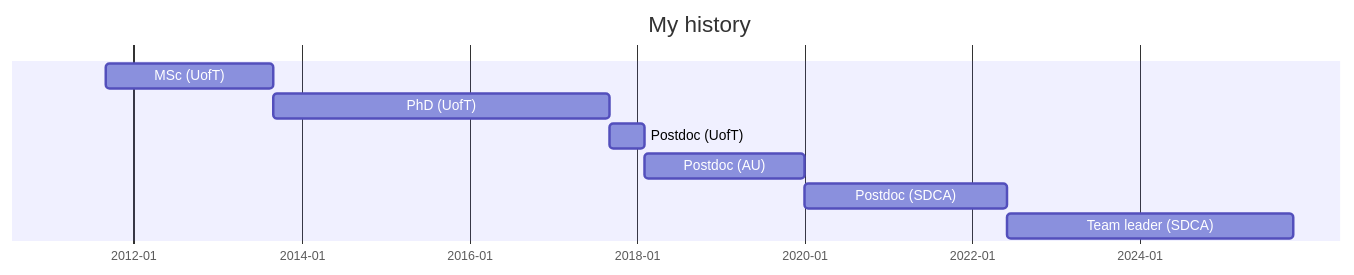
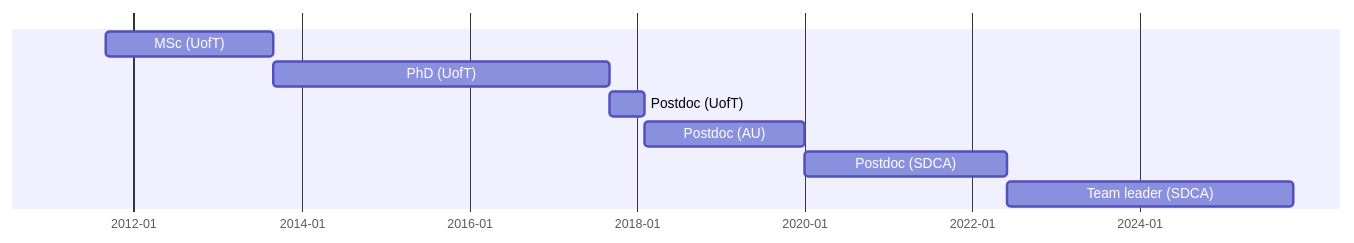
One commit to lwjohnst86/slides changed the diagram in s/2025-10-30/index.qmd. Above: the diagram before and after it, drawn with Mermaid. The commit also changed other lines of this file and 132 other files, not shown here.

````diff
--- a/s/2025-10-30/index.qmd
+++ b/s/2025-10-30/index.qmd
@@ -52,12 +42,12 @@
 ```{mermaid}
 gantt
-    title My history
     dateFormat YYYY-MM-DD
     axisFormat %Y-%m
+    todayMarker off
     MSc (UofT) :msc, 2011-09-01, 2y
     PhD (UofT) :phd, after msc, 4y
     Postdoc (UofT) :postdoc, after phd, 2018-02-01
     Postdoc (AU) :postdoc2, after postdoc, 2019-12-31
     Postdoc (SDCA) :postdoc3, after postdoc2, 2022-06-01
     Team leader (SDCA) :teamleader, after postdoc3, 2025-10-30
 ```
````
